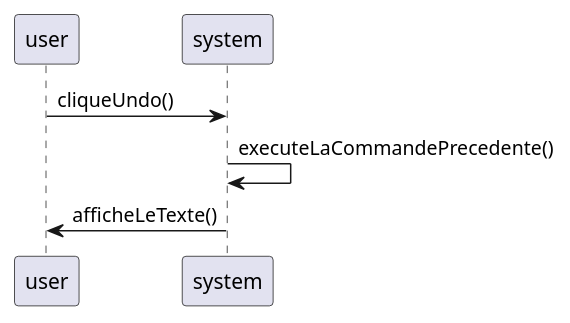
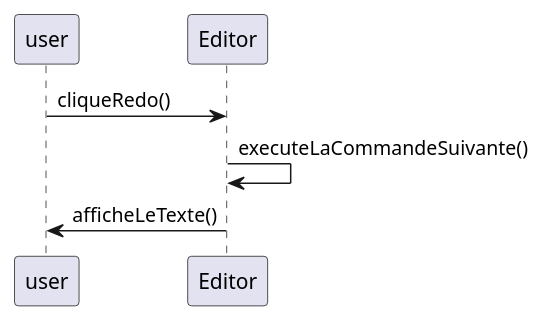
Before and after one commit to kiurow590/ESIR2_OMD_Project_Editor: the tenth of 10 diagrams in Readme.md, drawn with PlantUML. The commit also changed other lines of this file and 6 other files, not shown here.

Commit message:
Mise a jour du readme avec ajout de la V1 + image et correction des diagramme + ajout de la V2 avec diag mais en attente de rediscussion

````diff
--- a/Readme.md
+++ b/Readme.md
@@ -465,8 +442,8 @@
 ```plantuml
 @startuml
 'https://plantuml.com/sequence-diagram
-user -> system: cliqueUndo()
-system -> system: executeLaCommandePrecedente()
-system -> user: afficheLeTexte()
+user -> Editor: cliqueRedo()
+Editor -> Editor: executeLaCommandeSuivante()
+Editor -> user: afficheLeTexte()
 @enduml
 ```
````
